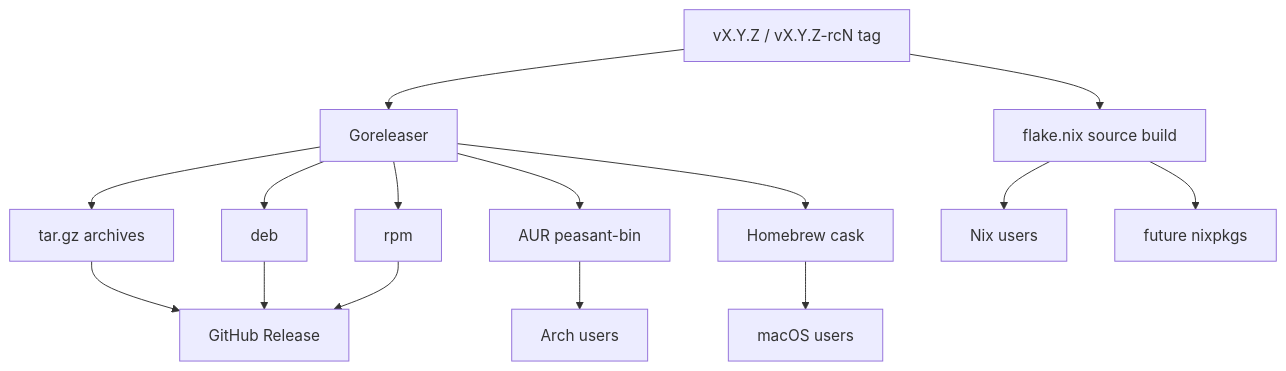
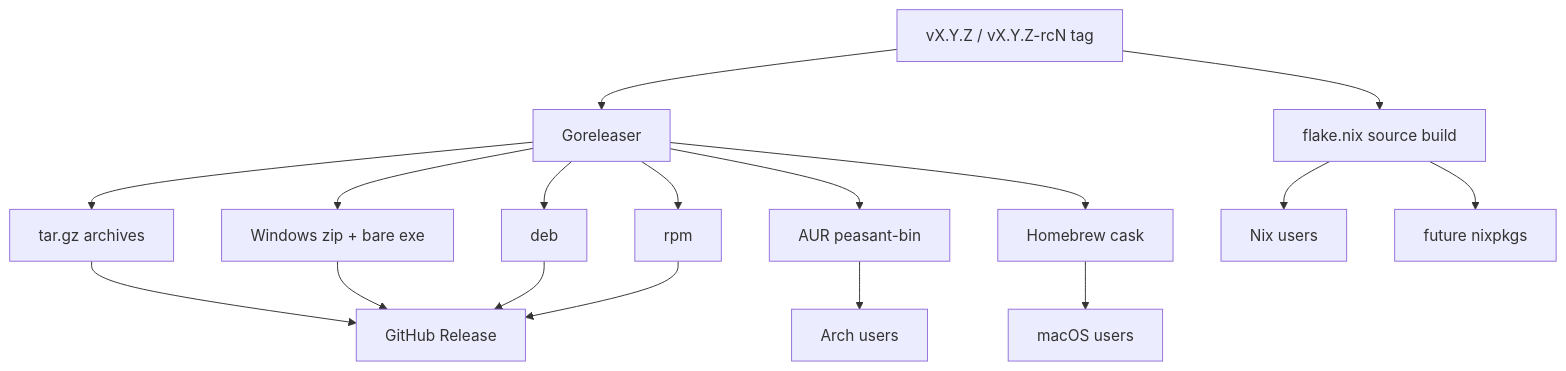
The fourth of 4 diagrams in docs/release-architecture.md (peasant-labs/peasant), drawn with Mermaid before and after one commit. The commit also changed other lines of this file and 4 other files, not shown here.

````diff
--- a/docs/release-architecture.md
+++ b/docs/release-architecture.md
@@ -193,17 +194,19 @@
 ```mermaid
 flowchart TD
   Tag[vX.Y.Z / vX.Y.Z-rcN tag] --> GR[Goreleaser]
   Tag --> FX[flake.nix source build]
   GR --> Tar[tar.gz archives]
+  GR --> Win[Windows zip + bare exe]
   GR --> Deb[deb]
   GR --> Rpm[rpm]
   GR --> Aur[AUR peasant-bin]
   GR --> Brew[Homebrew cask]
   Tar --> GH[GitHub Release]
+  Win --> GH
   Deb --> GH
   Rpm --> GH
   Aur --> Arch[Arch users]
   Brew --> Mac[macOS users]
   FX --> Nix[Nix users]
   FX --> Nixpkgs[future nixpkgs]
 ```
````
